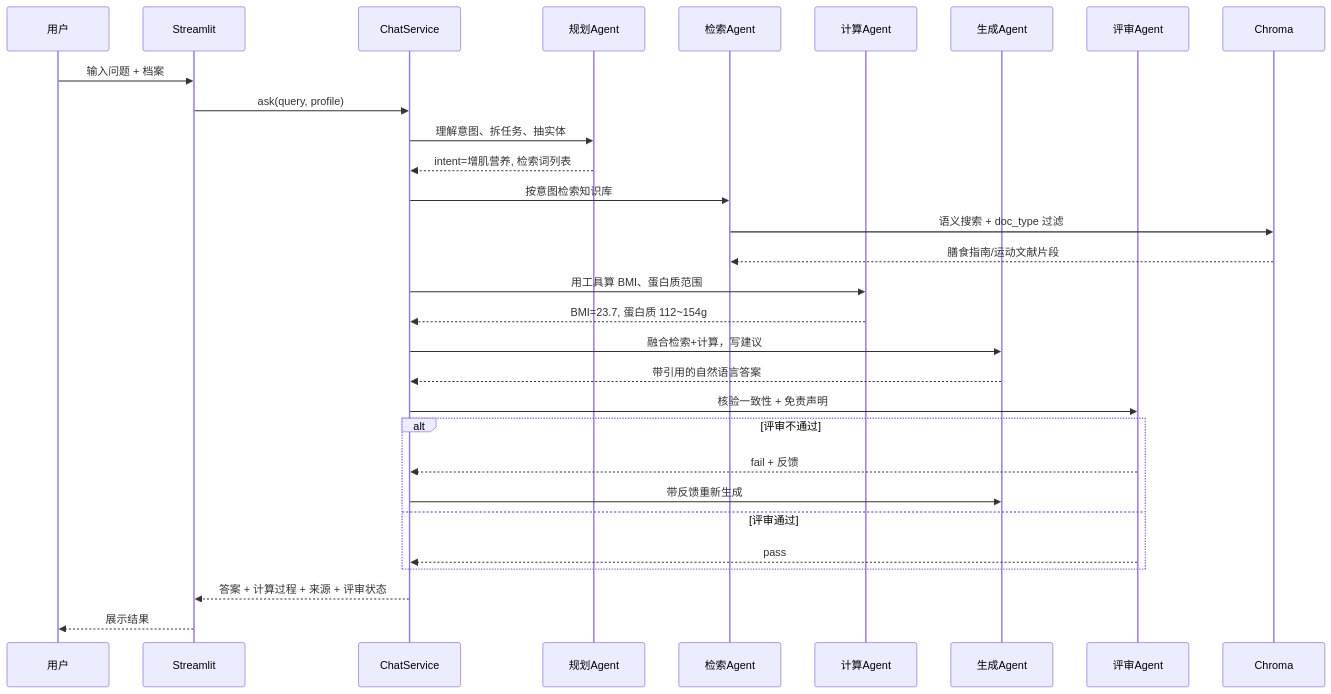
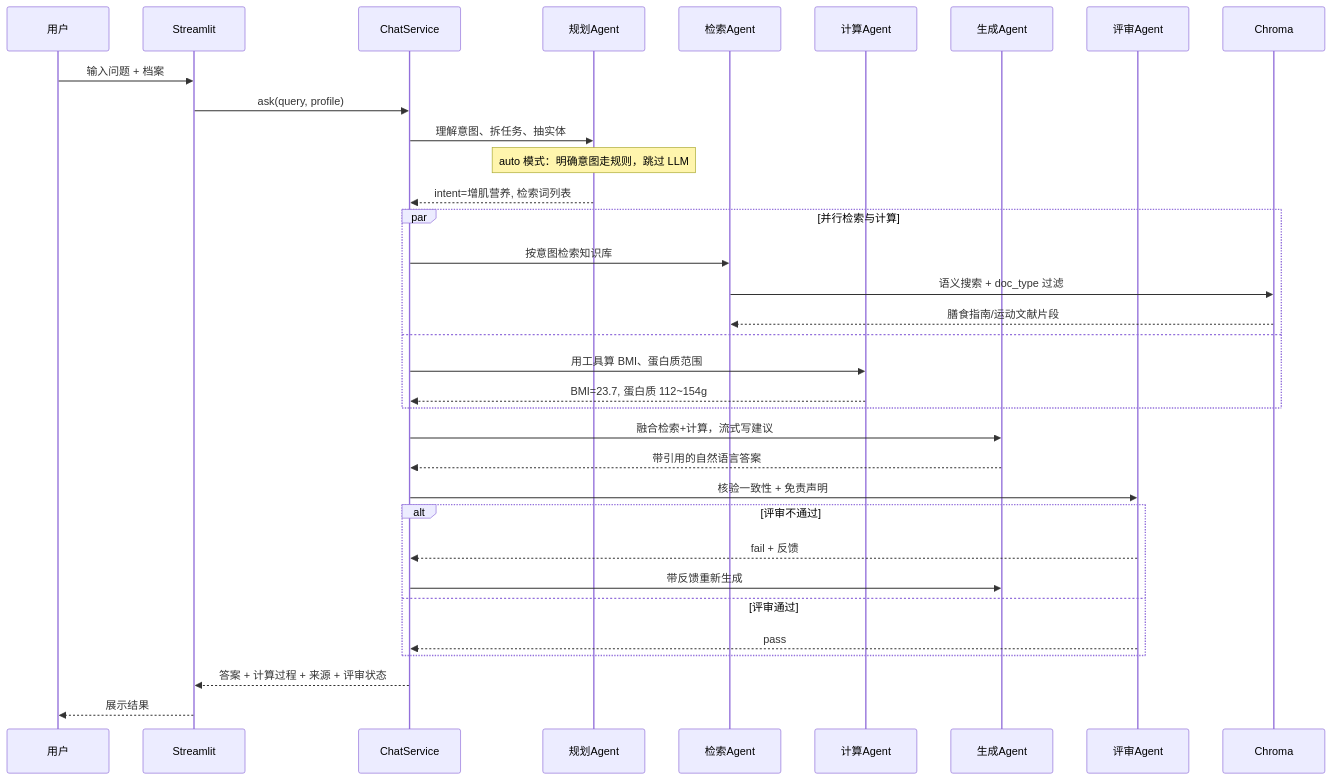
Before and after one commit to huyibl/multi-agent-: the second of 2 diagrams in docs/interview_guide.md, drawn with Mermaid. The commit also changed other lines of this file and 37 other files, not shown here.

````diff
--- a/docs/interview_guide.md
+++ b/docs/interview_guide.md
@@ -71,33 +76,37 @@
 ```mermaid
 sequenceDiagram
     participant User as 用户
     participant UI as Streamlit
     participant CS as ChatService
     participant P as 规划Agent
     participant R as 检索Agent
     participant C as 计算Agent
     participant G as 生成Agent
     participant V as 评审Agent
     participant DB as Chroma
 
     User->>UI: 输入问题 + 档案
     UI->>CS: ask(query, profile)
     CS->>P: 理解意图、拆任务、抽实体
+    Note over P: auto 模式：明确意图走规则，跳过 LLM
     P-->>CS: intent=增肌营养, 检索词列表
-    CS->>R: 按意图检索知识库
-    R->>DB: 语义搜索 + doc_type 过滤
-    DB-->>R: 膳食指南/运动文献片段
-    CS->>C: 用工具算 BMI、蛋白质范围
-    C-->>CS: BMI=23.7, 蛋白质 112~154g
-    CS->>G: 融合检索+计算，写建议
+    par 并行检索与计算
+        CS->>R: 按意图检索知识库
+        R->>DB: 语义搜索 + doc_type 过滤
+        DB-->>R: 膳食指南/运动文献片段
+    and
+        CS->>C: 用工具算 BMI、蛋白质范围
+        C-->>CS: BMI=23.7, 蛋白质 112~154g
+    end
+    CS->>G: 融合检索+计算，流式写建议
     G-->>CS: 带引用的自然语言答案
     CS->>V: 核验一致性 + 免责声明
     alt 评审不通过
         V-->>CS: fail + 反馈
         CS->>G: 带反馈重新生成
     else 评审通过
         V-->>CS: pass
     end
     CS-->>UI: 答案 + 计算过程 + 来源 + 评审状态
     UI-->>User: 展示结果
 ```
````
